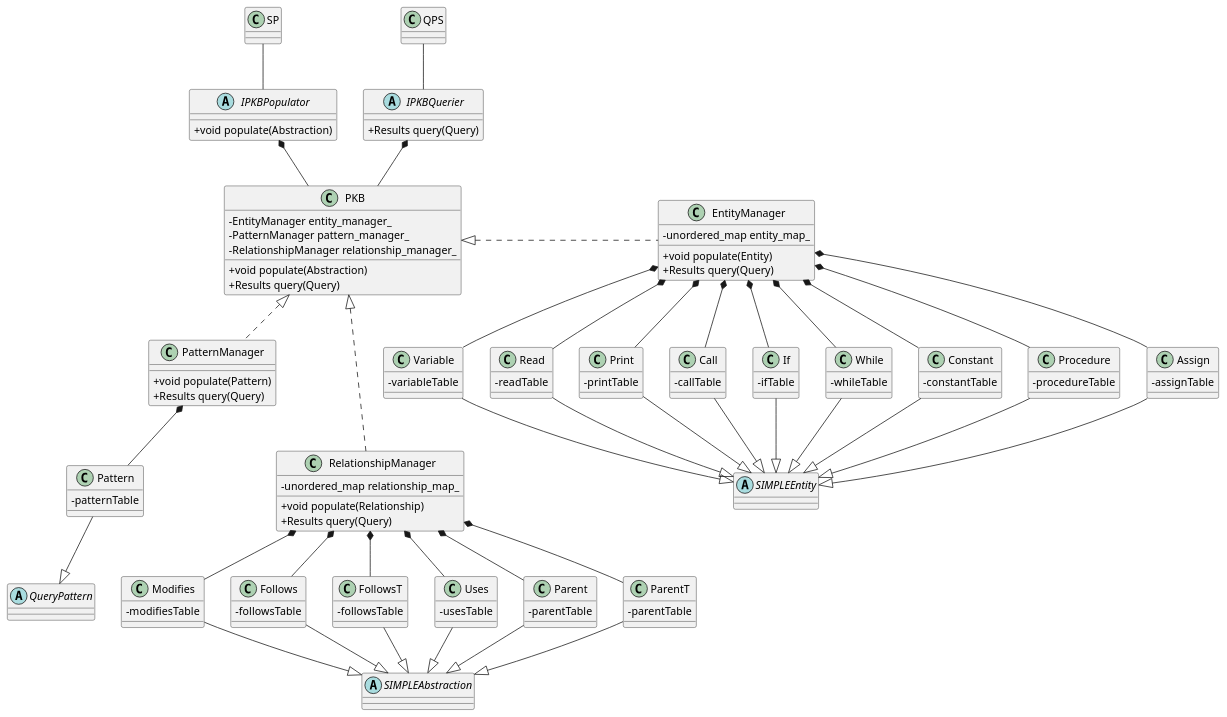
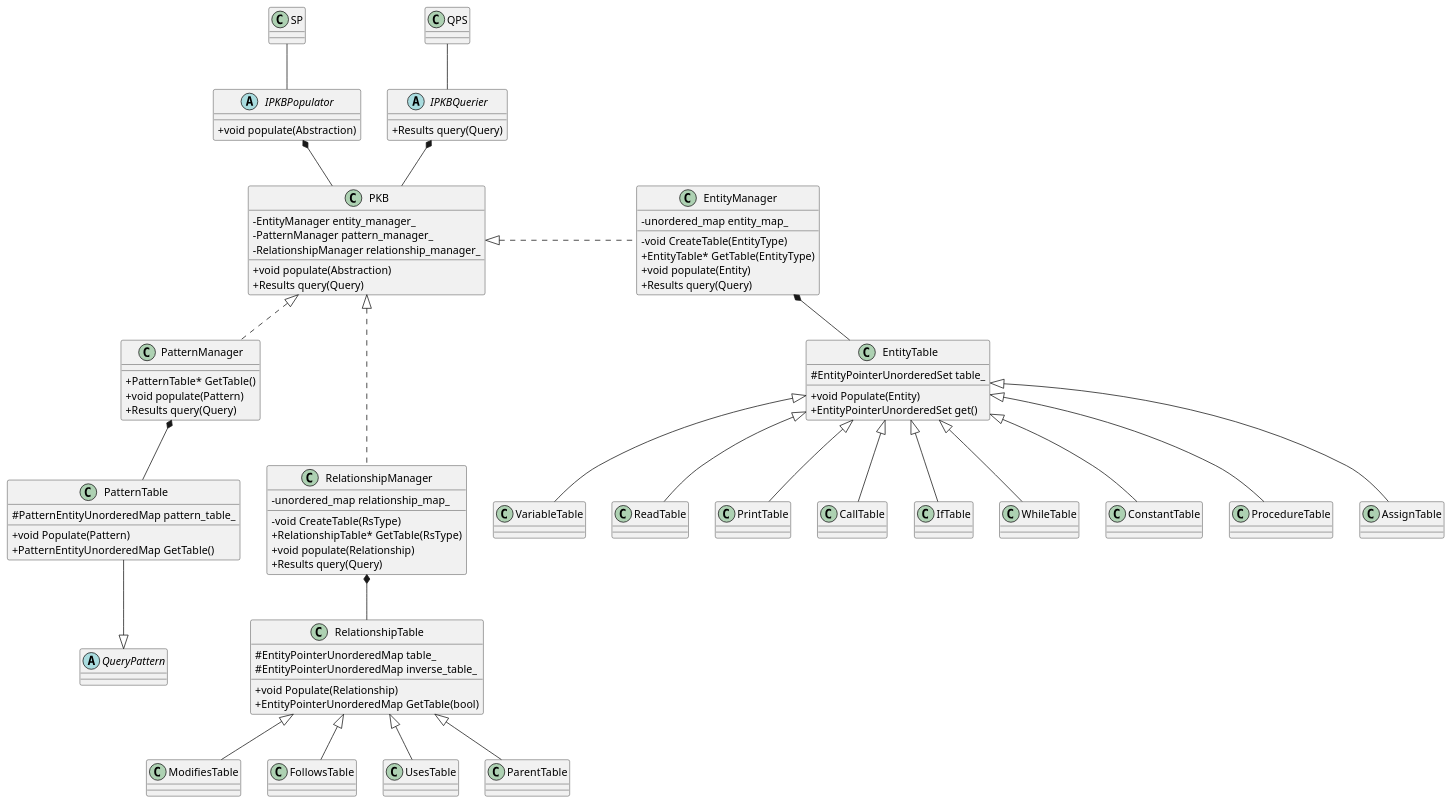
One commit to mazx4960/static-analyzer changed the diagram in docs/diagrams/PKBClassDiagram.puml. Above: the diagram before and after it, drawn with PlantUML.

Commit message:
Updated UML diagram for populator component

```diff
--- a/docs/diagrams/PKBClassDiagram.puml
+++ b/docs/diagrams/PKBClassDiagram.puml
@@ -1,155 +1,137 @@
 @startuml
 skinparam classAttributeIconSize 0
 
 class SP
 class QPS
 class PKB
 
 abstract class IPKBPopulator {
 	+void populate(Abstraction)
 }
 
 abstract class IPKBQuerier {
 	+Results query(Query)
 }
 
-class EntityManager {
-    -unordered_map entity_map_
-    +void populate(Entity)
-    +Results query(Query)
-}
-class RelationshipManager {
-    -unordered_map relationship_map_
-    +void populate(Relationship)
-    +Results query(Query)
-}
-class PatternManager {
-    +void populate(Pattern)
-    +Results query(Query)
-}
-
 class PKB {
     -EntityManager entity_manager_
     -PatternManager pattern_manager_
     -RelationshipManager relationship_manager_
     +void populate(Abstraction)
     +Results query(Query)
 }
 
-abstract class "SIMPLEAbstraction"
-abstract class "SIMPLEEntity"
+class EntityManager {
+    -unordered_map entity_map_ 
+    -void CreateTable(EntityType)
+    +EntityTable* GetTable(EntityType) 
+    +void populate(Entity)
+    +Results query(Query)
+}
+
+class RelationshipManager {
+    -unordered_map relationship_map_
+    -void CreateTable(RsType)
+    +RelationshipTable* GetTable(RsType) 
+    +void populate(Relationship)
+    +Results query(Query)
+}
+
+class PatternManager {
+    +PatternTable* GetTable()
+    +void populate(Pattern)
+    +Results query(Query)
+}
+
+class RelationshipTable {
+    #EntityPointerUnorderedMap table_
+    #EntityPointerUnorderedMap inverse_table_
+    +void Populate(Relationship)
+    +EntityPointerUnorderedMap GetTable(bool)
+}
+
+class EntityTable {
+    #EntityPointerUnorderedSet table_
+    +void Populate(Entity)
+    +EntityPointerUnorderedSet get()
+}
+
+class PatternTable {
+    #PatternEntityUnorderedMap pattern_table_
+    +void Populate(Pattern)
+    +PatternEntityUnorderedMap GetTable()
+}
+
 abstract class "QueryPattern"
 
-class Variable {
-	-variableTable
+class VariableTable {
 }
 
-class Read {
-	-readTable
+class ReadTable {
 }
 
-class Print {
-	-printTable
+class PrintTable {
 }
 
-class Call {
-	-callTable
+class CallTable {
 }
 
-class If {
-	-ifTable
+class IfTable {
 }
 
-class While {
-	-whileTable
+class WhileTable {
 }
 
-class Constant {
-	-constantTable
+class ConstantTable {
 }
 
-class Procedure{
-	-procedureTable
+class ProcedureTable {
 }
 
-class Assign {
-	-assignTable
+class AssignTable {
 }
 
-class Pattern {
-	-patternTable
+class ModifiesTable {
 }
 
-class Modifies {
-	-modifiesTable
+class FollowsTable {
+}  
+
+class UsesTable {
 }
 
-class Follows {
-	-followsTable
-}
-
-class FollowsT {
-	-followsTable
-}
-
-class Uses {
-	-usesTable
-}
-
-class Parent{
-	-parentTable
-}
-
-class ParentT {
-	-parentTable
-}
-
+class ParentTable {
+} 
 
 IPKBPopulator *-down- PKB
 IPKBQuerier *-down- PKB
 SP -down- IPKBPopulator
 QPS -down- IPKBQuerier
 
 PKB <|.down EntityManager
 PKB <|.down.  PatternManager
 PKB <|.down.. RelationshipManager
 
-Variable -up-* EntityManager
-Read -up-* EntityManager
-Print  -up-* EntityManager
-Call -up-* EntityManager
-If -up-* EntityManager
-While -up-* EntityManager
-Constant -up-* EntityManager
-Procedure -up-* EntityManager
-Assign -up-* EntityManager
+EntityTable -up-* EntityManager
 
-Variable -down-|> SIMPLEEntity
-Read -down-|> SIMPLEEntity
-Print -down-|> SIMPLEEntity
-Call -down-|> SIMPLEEntity
-If -down-|> SIMPLEEntity
-While -down-|> SIMPLEEntity
-Constant -down-|> SIMPLEEntity
-Procedure -down-|> SIMPLEEntity
-Assign -down-|> SIMPLEEntity
+VariableTable -up-|> EntityTable
+ReadTable -up-|> EntityTable
+PrintTable -up-|> EntityTable
+CallTable -up-|> EntityTable
+IfTable -up-|> EntityTable
+WhileTable -up-|> EntityTable
+ConstantTable -up-|> EntityTable
+ProcedureTable -up-|> EntityTable
+AssignTable -up-|> EntityTable
 
-Modifies -up-* RelationshipManager
-Follows -up-* RelationshipManager
-FollowsT -up-* RelationshipManager
-Uses -up-* RelationshipManager
-Parent -up-* RelationshipManager
-ParentT -up-* RelationshipManager
+RelationshipTable -up-* RelationshipManager 
 
+ModifiesTable -up-|> RelationshipTable
+FollowsTable -up-|> RelationshipTable 
+UsesTable -up-|> RelationshipTable
+ParentTable -up-|> RelationshipTable 
 
-Modifies -down-|> SIMPLEAbstraction
-Follows -down-|> SIMPLEAbstraction
-FollowsT -down-|> SIMPLEAbstraction
-Uses -down-|> SIMPLEAbstraction
-Parent -down-|> SIMPLEAbstraction
-ParentT -down-|> SIMPLEAbstraction
-
-Pattern -up-* PatternManager
-Pattern -down-|> QueryPattern
+PatternTable -up-* PatternManager
+PatternTable -down-|> QueryPattern
 
 @enduml
```
